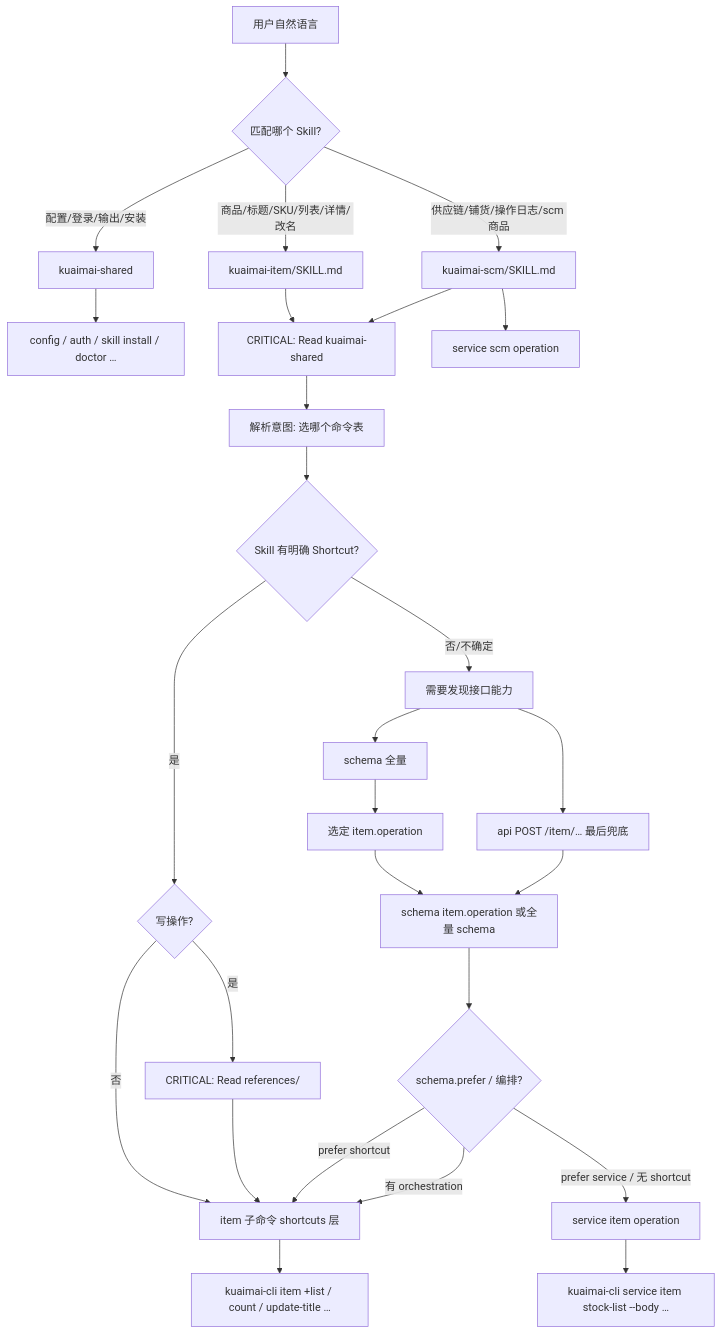
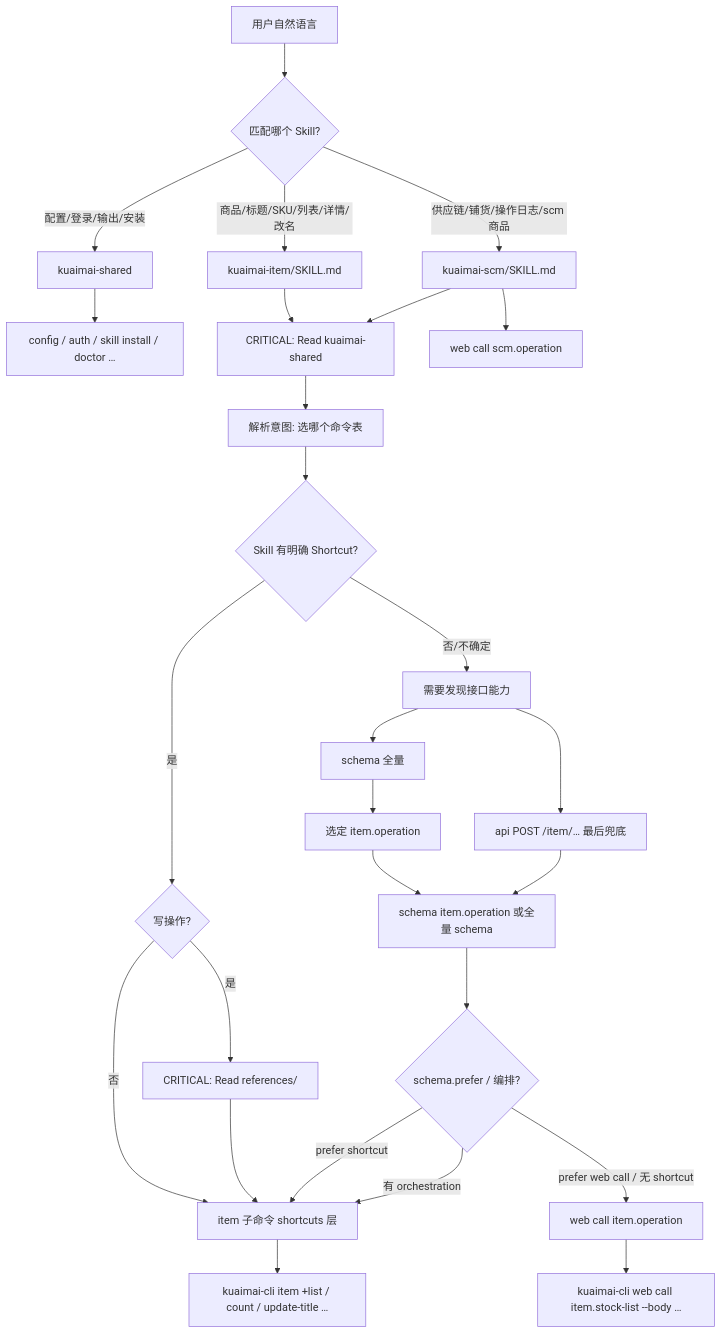
One commit to kuaimai-cli/kuaimai-cli changed the first of 5 diagrams in docs/Agent命令选型与schema流程.md. Above: the diagram before and after it, drawn with Mermaid. The commit also changed other lines of this file and 68 other files, not shown here.

First line of the commit message:
feat: registry 远端同步、API 网关转发与 web call 统一调用

````diff
--- a/docs/Agent命令选型与schema流程.md
+++ b/docs/Agent命令选型与schema流程.md
@@ -32,38 +32,38 @@
 ```mermaid
 flowchart TD
   NL[用户自然语言] --> RouteSkill{匹配哪个 Skill?}
 
   RouteSkill -->|配置/登录/输出/安装| Shared[kuaimai-shared]
   RouteSkill -->|商品/标题/SKU/列表/详情/改名| ItemSkill[kuaimai-item/SKILL.md]
   RouteSkill -->|供应链/铺货/操作日志/scm 商品| ScmSkill[kuaimai-scm/SKILL.md]
 
   Shared --> SharedCmd[config / auth / skill install / doctor …]
   ItemSkill --> ReadShared[CRITICAL: Read kuaimai-shared]
   ScmSkill --> ReadShared
 
   ReadShared --> Intent[解析意图: 选哪个命令表]
-  ScmSkill --> ScmService[service scm operation]
+  ScmSkill --> ScmService[web call scm.operation]
   Intent --> HasShortcut{Skill 有明确 Shortcut?}
 
   HasShortcut -->|是| WriteOp{写操作?}
   HasShortcut -->|否/不确定| NeedDiscover[需要发现接口能力]
 
   WriteOp -->|是| ReadRef[CRITICAL: Read references/]
   WriteOp -->|否| Shortcut[item 子命令 shortcuts 层]
 
   ReadRef --> Shortcut
 
   NeedDiscover --> SchemaFull[schema 全量]
   SchemaFull --> PickOp[选定 item.operation]
   PickOp --> SchemaOne[schema item.operation 或全量 schema]
 
   SchemaOne --> Prefer{schema.prefer / 编排?}
   Prefer -->|prefer shortcut| Shortcut
-  Prefer -->|prefer service / 无 shortcut| Service[service item operation]
+  Prefer -->|prefer web call / 无 shortcut| Service[web call item.operation]
   Prefer -->|有 orchestration| Shortcut
 
   Shortcut --> Exec1["kuaimai-cli item +list / count / update-title …"]
-  Service --> Exec2["kuaimai-cli service item stock-list --body …"]
+  Service --> Exec2["kuaimai-cli web call item.stock-list --body …"]
   NeedDiscover --> ApiFallback["api POST /item/… 最后兜底"]
   ApiFallback --> SchemaOne
 ```
````
